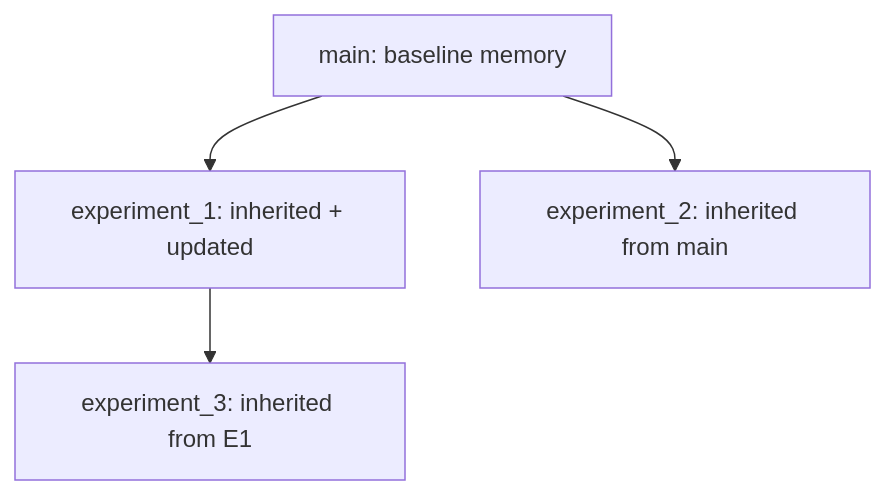
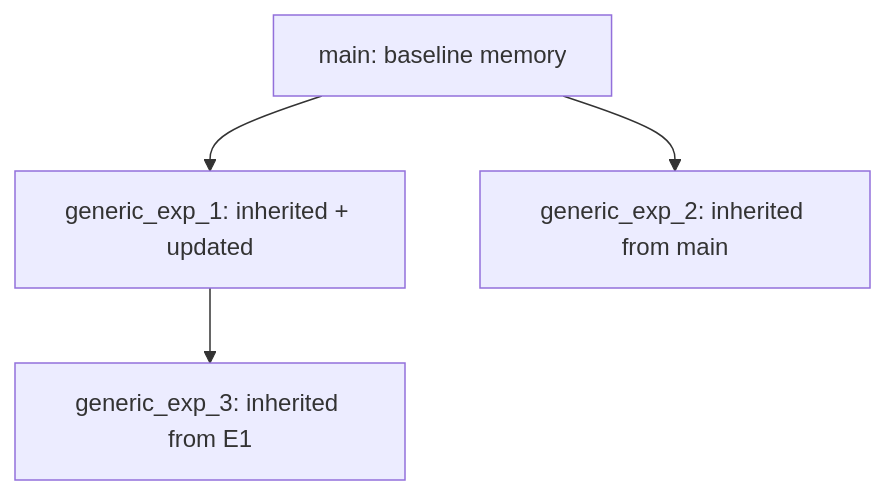
One commit to Leeroo-AI/kapso changed the diagram in docs/evolve/repo-memory.mdx. Above: the diagram before and after it, drawn with Mermaid. The commit also changed other lines of this file and 14 other files, not shown here.

````diff
--- a/docs/evolve/repo-memory.mdx
+++ b/docs/evolve/repo-memory.mdx
@@ -203,11 +203,11 @@
 ```mermaid
 flowchart TD
     M[main: baseline memory]
-    E1[experiment_1: inherited + updated]
-    E2[experiment_2: inherited from main]
-    E3[experiment_3: inherited from E1]
+    E1[generic_exp_1: inherited + updated]
+    E2[generic_exp_2: inherited from main]
+    E3[generic_exp_3: inherited from E1]
 
     M --> E1
     M --> E2
     E1 --> E3
 ```
````
